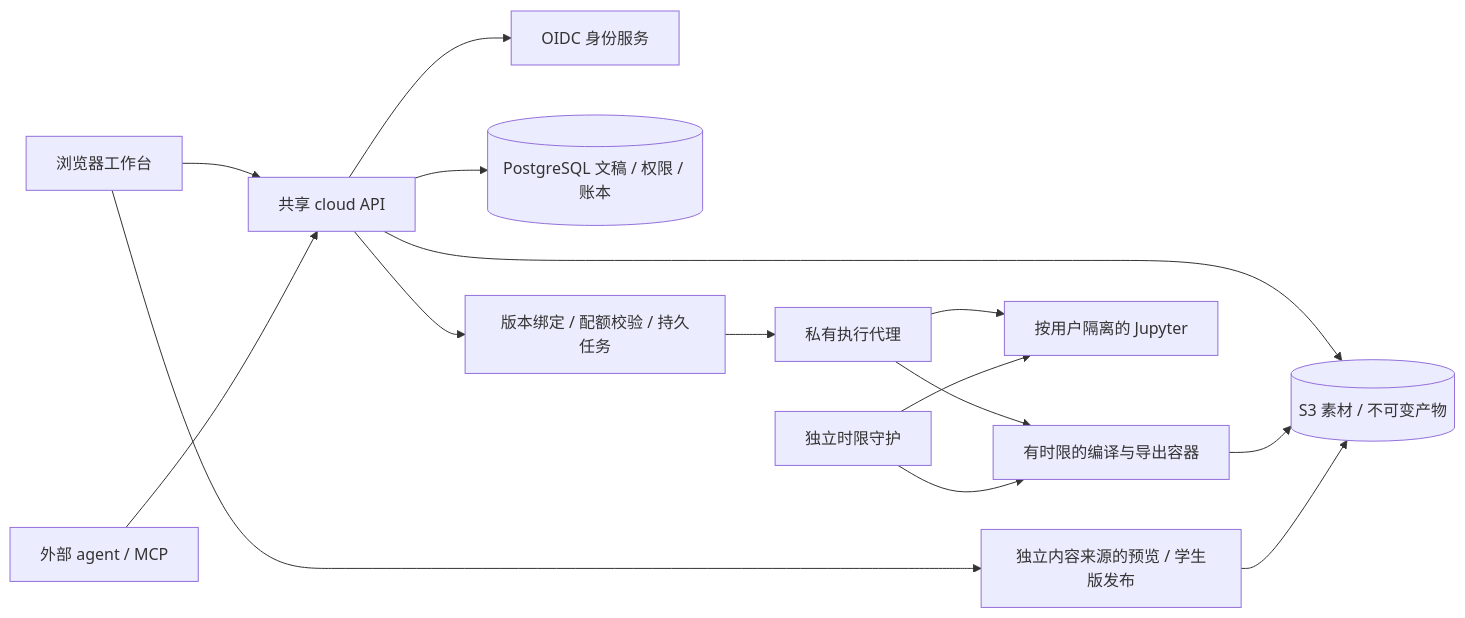
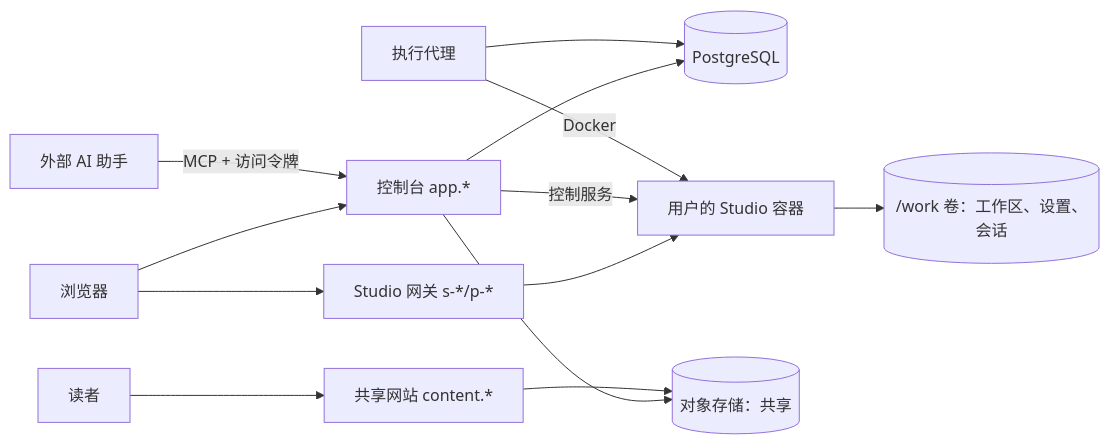
The diagram in docs/rfc-cloud.md (Lincyaw/presmium), drawn with Mermaid before and after one commit. The commit also changed other lines of this file and 150 other files, not shown here.

First line of the commit message:
feat(cloud): run a complete Studio per user, with sharing and copies

````diff
--- a/docs/rfc-cloud.md
+++ b/docs/rfc-cloud.md
@@ -30,17 +27,15 @@
 ```mermaid
 flowchart LR
-  Browser[浏览器工作台] --> API[共享 cloud API]
-  Agent[外部 agent / MCP] --> API
-  API --> Identity[OIDC 身份服务]
-  API --> DB[(PostgreSQL 文稿 / 权限 / 账本)]
-  API --> Objects[(S3 素材 / 不可变产物)]
-  API --> Admission[版本绑定 / 配额校验 / 持久任务]
-  Admission --> Runner[私有执行代理]
-  Runner --> Job[有时限的编译与导出容器]
-  Runner --> Jupyter[按用户隔离的 Jupyter]
-  Watchdog[独立时限守护] --> Job
-  Watchdog --> Jupyter
-  Job --> Objects
-  Browser --> Content[独立内容来源的预览 / 学生版发布]
+  Browser[浏览器] --> Console[控制台 app.*]
+  Browser --> Gate[Studio 网关 s-*/p-*]
+  Agent[外部 AI 助手] -->|MCP + 访问令牌| Console
+  Console --> DB[(PostgreSQL)]
+  Gate --> Studio[用户的 Studio 容器]
+  Console -->|控制服务| Studio
+  Runner[执行代理] -->|Docker| Studio
+  Runner --> DB
+  Studio --> Volume[(/work 卷：工作区、设置、会话)]
+  Console --> Objects[(对象存储：共享)]
+  Reader[读者] --> Content[共享网站 content.*]
   Content --> Objects
 ```
````
